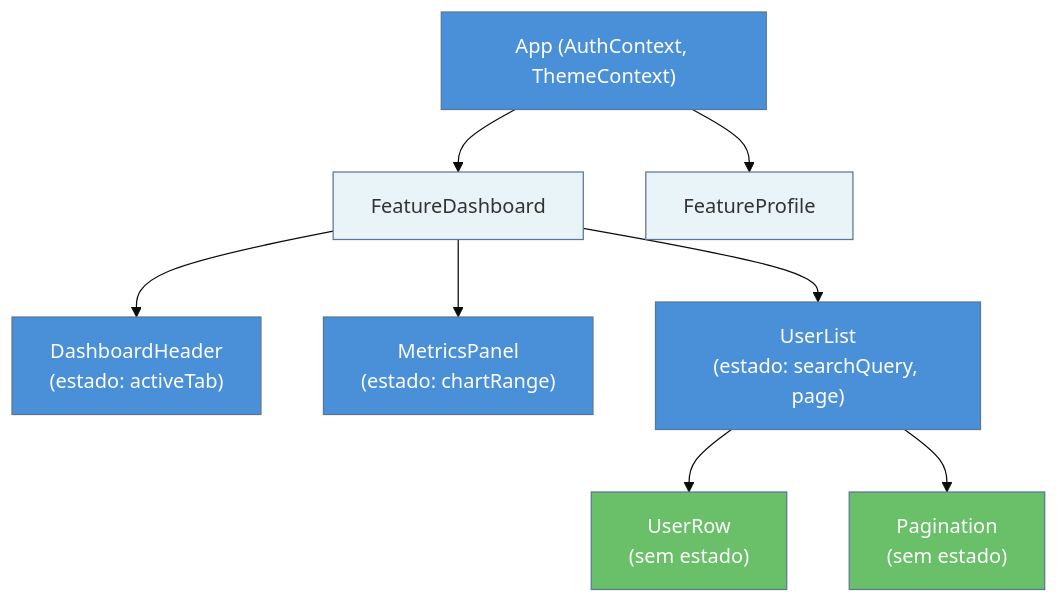
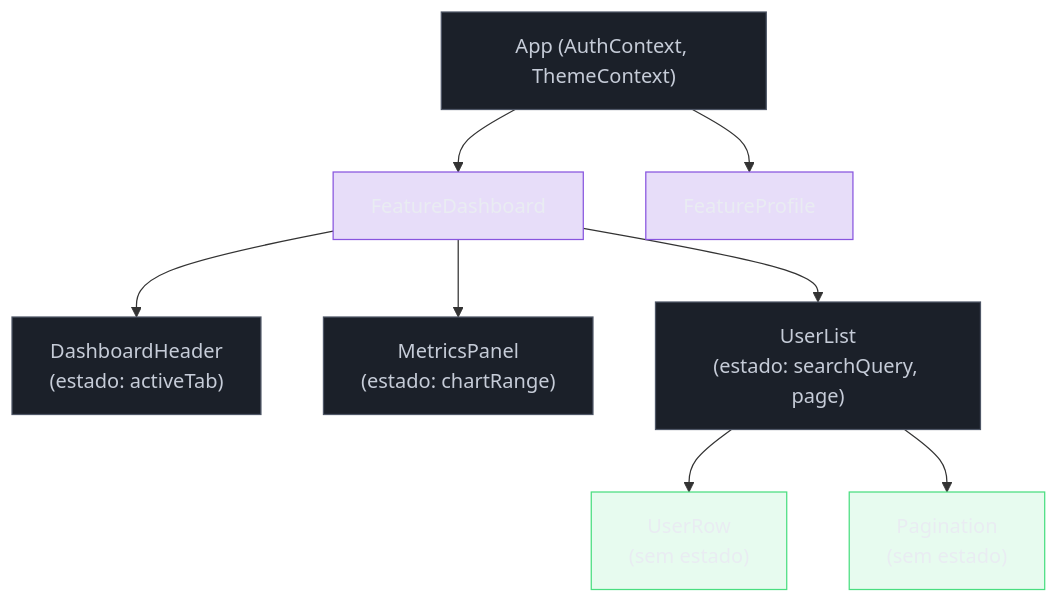
The first of 3 diagrams in 03-Dominios/Tecnologia/React/React core/24 - Arquitetura de componentes.md (josenaldo/codex-technomanticus), drawn with Mermaid before and after one commit. The commit also changed other lines of this file and 1181 other files, not shown here.

First line of the commit message:
fix(diagramas): paleta do sistema no lugar de cor cravada no markdown

````diff
--- a/03-Dominios/Tecnologia/React/React core/24 - Arquitetura de componentes.md
+++ b/03-Dominios/Tecnologia/React/React core/24 - Arquitetura de componentes.md
@@ -86,20 +86,22 @@
 ```mermaid
-%%{init: {"theme": "base", "themeVariables": {"primaryColor": "#4A90D9", "edgeLabelBackground": "#ffffff"}}}%%
 graph TD
+    classDef neutro fill:#1B2029,stroke:#4E5666,color:#C6CCD8
+    classDef ok fill:#4ADE8021,stroke:#4ADE80,color:#E9ECF2
+    classDef marca fill:#8855DF33,stroke:#8855DF,color:#E9ECF2
     A["App (AuthContext, ThemeContext)"] --> B["FeatureDashboard"]
     A --> C["FeatureProfile"]
     B --> D["DashboardHeader\n(estado: activeTab)"]
     B --> E["MetricsPanel\n(estado: chartRange)"]
     B --> F["UserList\n(estado: searchQuery, page)"]
     F --> G["UserRow\n(sem estado)"]
     F --> H["Pagination\n(sem estado)"]
 
-    style A fill:#4A90D9,color:#fff
-    style D fill:#4A90D9,color:#fff
-    style E fill:#4A90D9,color:#fff
-    style F fill:#4A90D9,color:#fff
-    style G fill:#6abf69,color:#fff
-    style H fill:#6abf69,color:#fff
-    style B fill:#e8f4f8
-    style C fill:#e8f4f8
+    class A neutro
+    class D neutro
+    class E neutro
+    class F neutro
+    class G ok
+    class H ok
+    class B marca
+    class C marca
 ```
````
